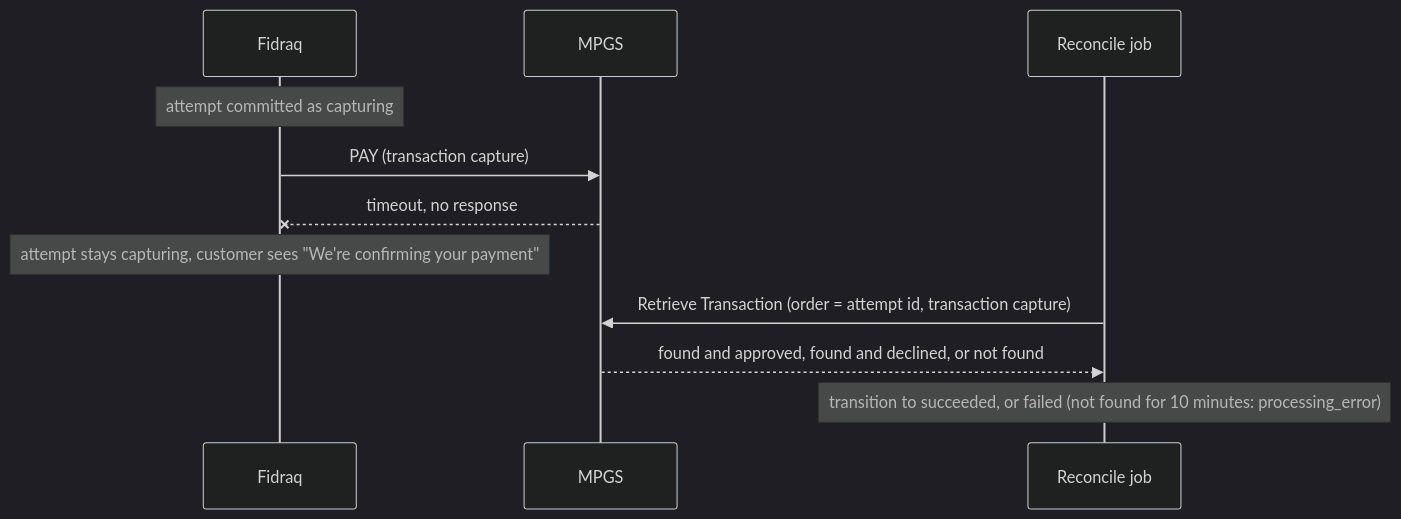
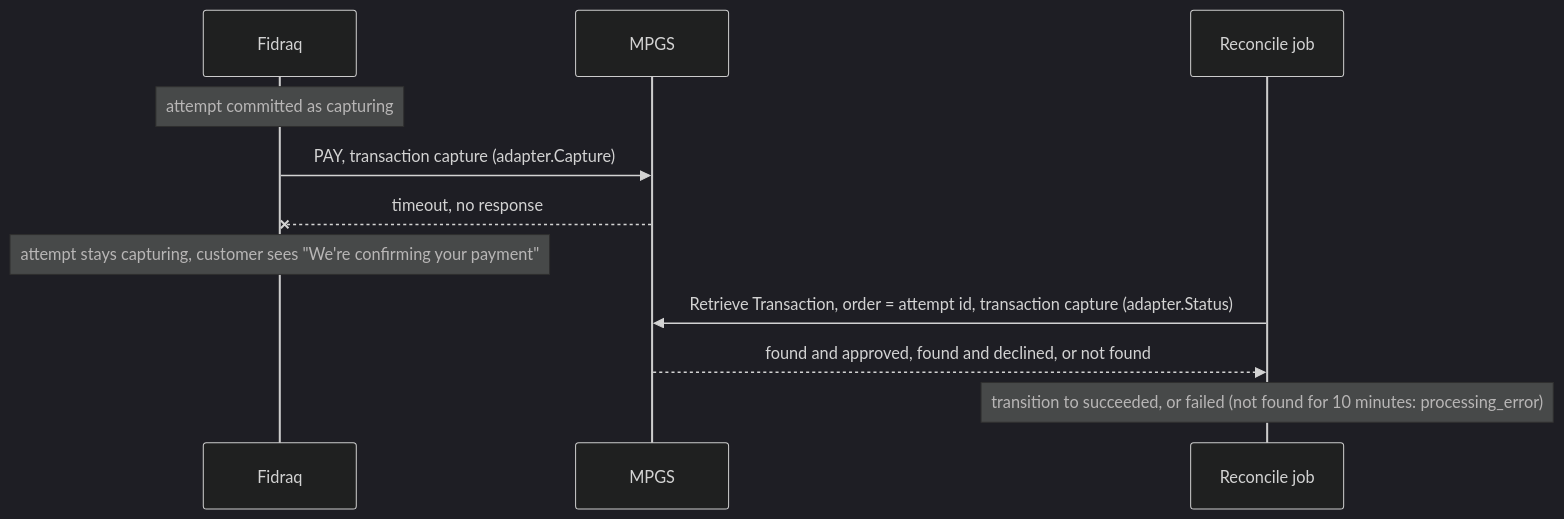
Before and after one commit to fidraq/fidraq: the second of 2 diagrams in docs/design/payments-core-v1.md, drawn with Mermaid (dark theme). The commit also changed other lines of this file, not shown here.

Commit message:
docs: name the RPCs and adapter methods in the payment diagrams

````diff
--- a/docs/design/payments-core-v1.md
+++ b/docs/design/payments-core-v1.md
@@ -189,14 +189,14 @@
 ```mermaid
 sequenceDiagram
     participant F as Fidraq
     participant M as MPGS
     participant R as Reconcile job
 
     Note over F: attempt committed as capturing
-    F->>M: PAY (transaction capture)
+    F->>M: PAY, transaction capture (adapter.Capture)
     M--xF: timeout, no response
     Note over F: attempt stays capturing, customer sees "We're confirming your payment"
-    R->>M: Retrieve Transaction (order = attempt id, transaction capture)
+    R->>M: Retrieve Transaction, order = attempt id, transaction capture (adapter.Status)
     M-->>R: found and approved, found and declined, or not found
     Note over R: transition to succeeded, or failed (not found for 10 minutes: processing_error)
 ```
````
